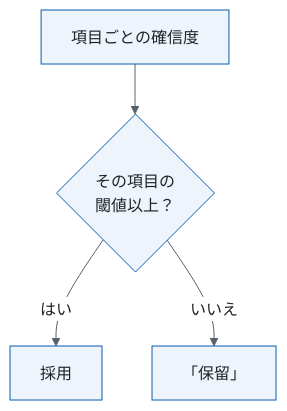
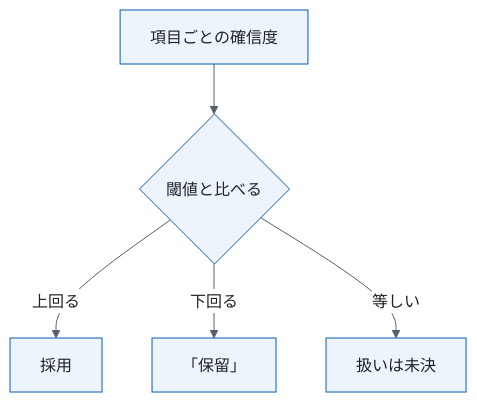
The first of 3 diagrams in decks/2026-10-01-invoice-ocr-confirm/design/operations.md (spin-glass/tool-slides), drawn with Mermaid before and after one commit. The commit also changed other lines of this file and 10 other files, not shown here.

````diff
--- a/decks/2026-10-01-invoice-ocr-confirm/design/operations.md
+++ b/decks/2026-10-01-invoice-ocr-confirm/design/operations.md
@@ -70,7 +61,8 @@
 ```mermaid
 %%{init: {"theme": "base", "themeVariables": {"fontSize": "16px", "fontFamily": "Hiragino Sans, Noto Sans JP, sans-serif", "primaryColor": "#eef4fb", "primaryBorderColor": "#0b5cad", "primaryTextColor": "#1f2328", "lineColor": "#57606a", "edgeLabelBackground": "#ffffff", "taskBkgColor": "#eef4fb", "taskBorderColor": "#0b5cad", "taskTextColor": "#1f2328", "critBkgColor": "#b35900", "critBorderColor": "#b35900", "gridColor": "#d0d7de", "sectionBkgColor": "#ffffff"}}}%%
 flowchart TB
-  A[項目ごとの確信度] --> B{その項目の<br>閾値以上？}
-  B -->|はい| C[採用]
-  B -->|いいえ| D[「保留」]
+  A[項目ごとの確信度] --> B{閾値と比べる}
+  B -->|上回る| C[採用]
+  B -->|下回る| D[「保留」]
+  B -->|等しい| E[扱いは未決]
 ```
````
